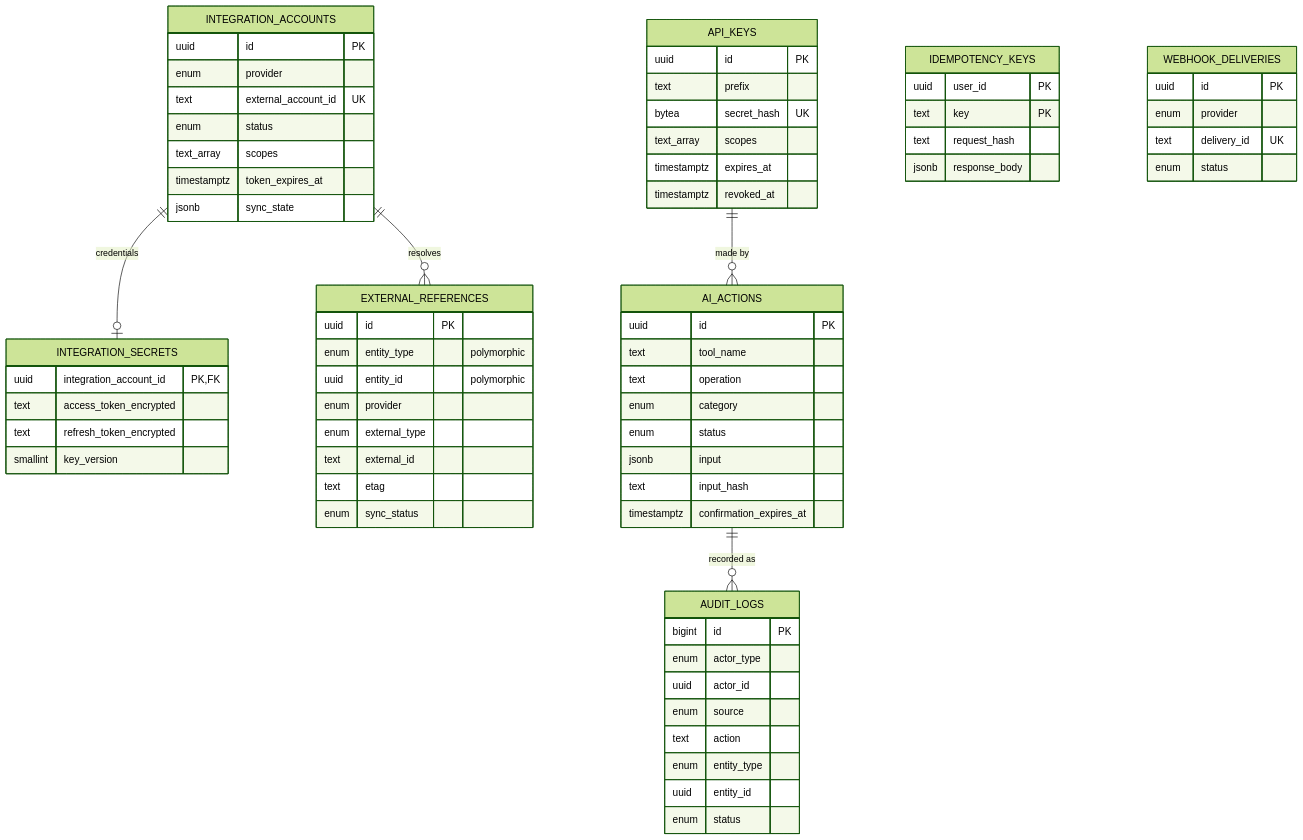
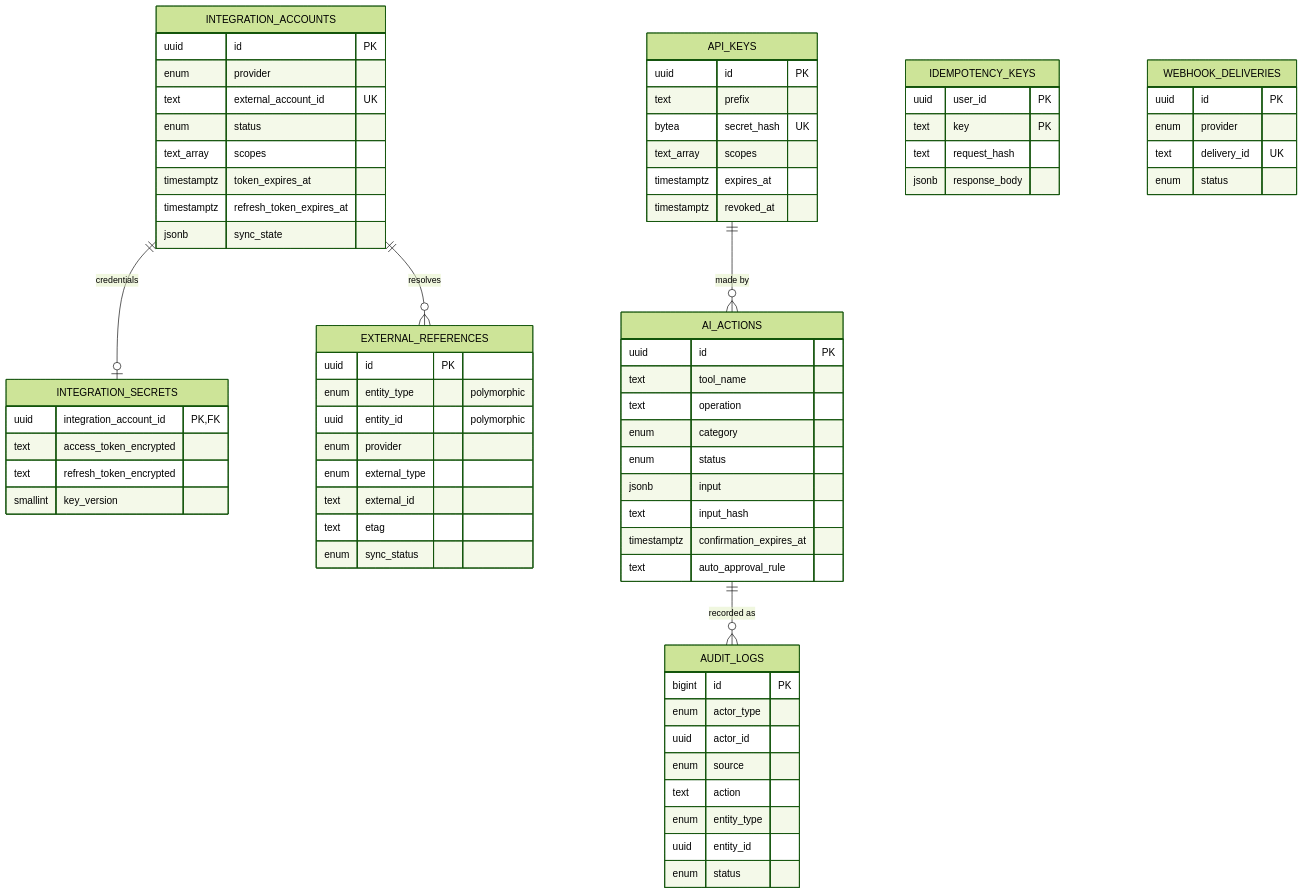
Before and after one commit to PNCTriet/personal-os: the fourth of 4 diagrams in docs/erd.md, drawn with Mermaid (forest theme). The commit also changed 13 other files, not shown here.

````diff
--- a/docs/erd.md
+++ b/docs/erd.md
@@ -265,73 +265,75 @@
 ```mermaid
 erDiagram
     INTEGRATION_ACCOUNTS ||--o| INTEGRATION_SECRETS : "credentials"
     INTEGRATION_ACCOUNTS ||--o{ EXTERNAL_REFERENCES : "resolves"
     API_KEYS ||--o{ AI_ACTIONS : "made by"
     AI_ACTIONS ||--o{ AUDIT_LOGS : "recorded as"
 
     INTEGRATION_ACCOUNTS {
         uuid id PK
         enum provider
         text external_account_id UK
         enum status
         text_array scopes
         timestamptz token_expires_at
+        timestamptz refresh_token_expires_at
         jsonb sync_state
     }
     INTEGRATION_SECRETS {
         uuid integration_account_id PK, FK
         text access_token_encrypted
         text refresh_token_encrypted
         smallint key_version
     }
     EXTERNAL_REFERENCES {
         uuid id PK
         enum entity_type "polymorphic"
         uuid entity_id "polymorphic"
         enum provider
         enum external_type
         text external_id
         text etag
         enum sync_status
     }
     API_KEYS {
         uuid id PK
         text prefix
         bytea secret_hash UK
         text_array scopes
         timestamptz expires_at
         timestamptz revoked_at
     }
     AI_ACTIONS {
         uuid id PK
         text tool_name
         text operation
         enum category
         enum status
         jsonb input
         text input_hash
         timestamptz confirmation_expires_at
+        text auto_approval_rule
     }
     AUDIT_LOGS {
         bigint id PK
         enum actor_type
         uuid actor_id
         enum source
         text action
         enum entity_type
         uuid entity_id
         enum status
     }
     IDEMPOTENCY_KEYS {
         uuid user_id PK
         text key PK
         text request_hash
         jsonb response_body
     }
     WEBHOOK_DELIVERIES {
         uuid id PK
         enum provider
         text delivery_id UK
         enum status
     }
 ```
````
